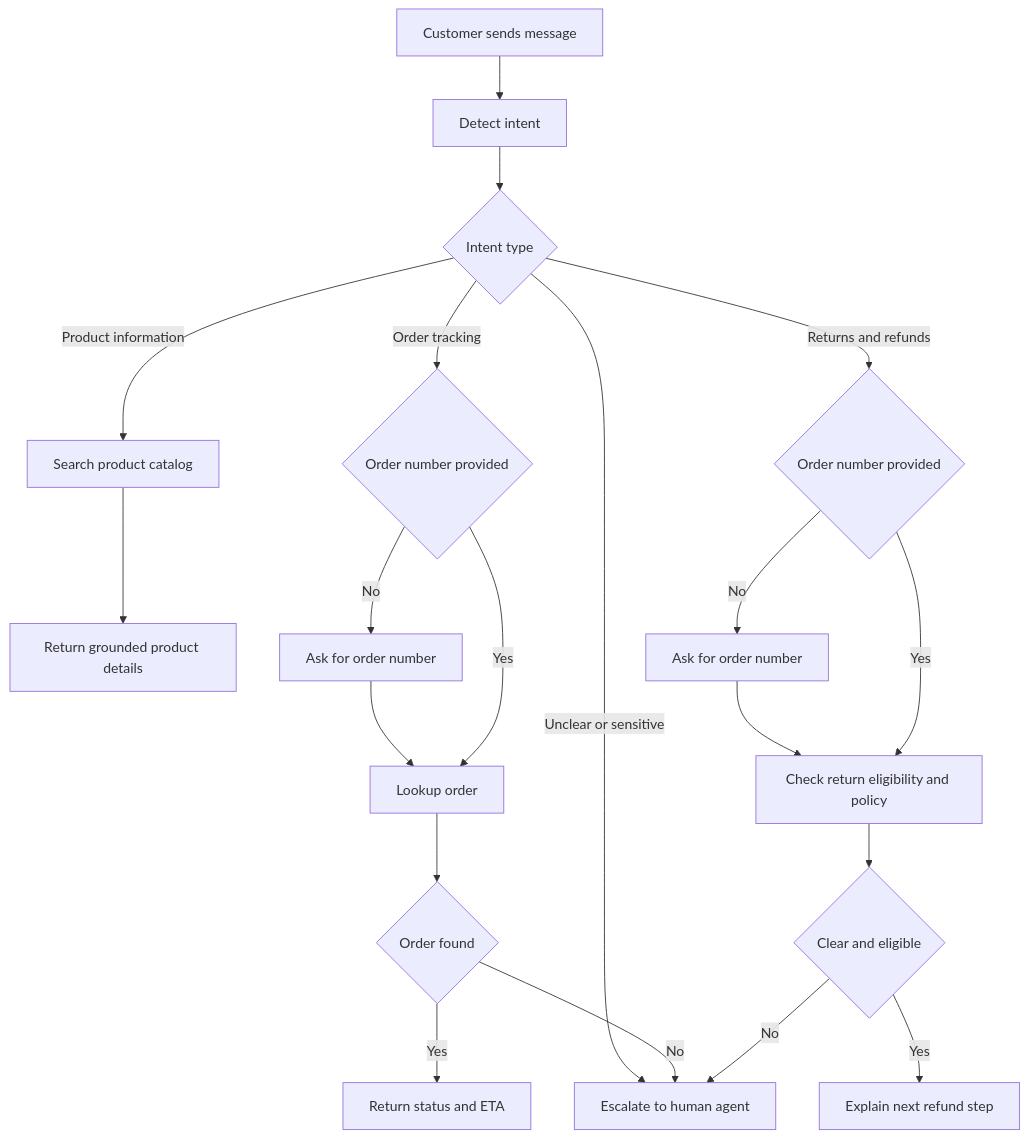
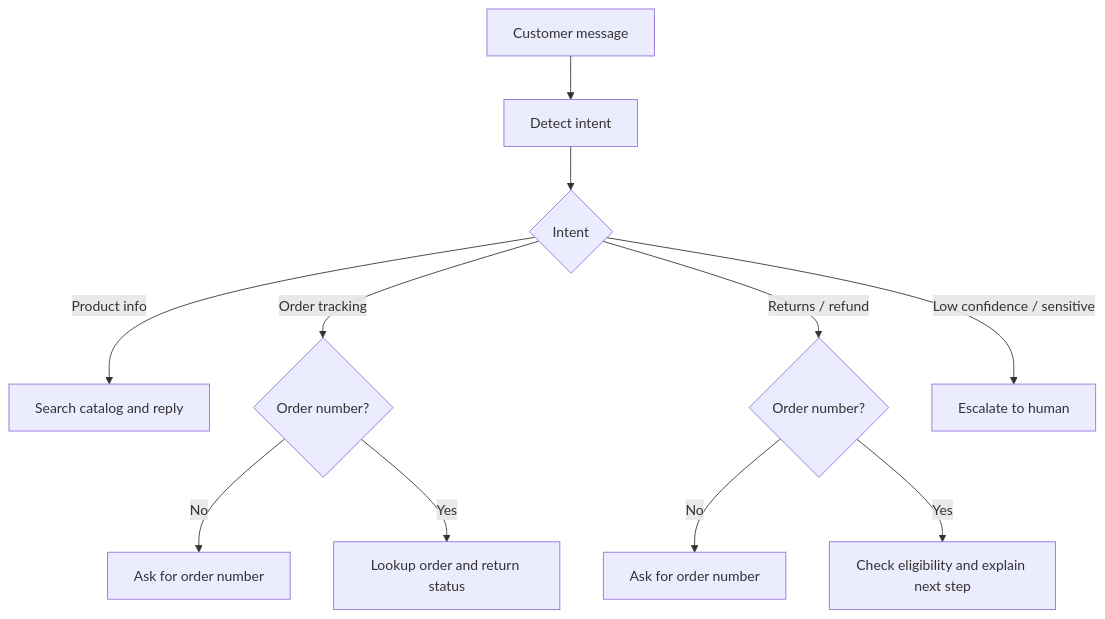
One commit to Abdullatif-Eida/AI-eng-chat-test changed the second of 2 diagrams in docs/solution-design.md. Above: the diagram before and after it, drawn with Mermaid. The commit also changed other lines of this file and 19 other files, not shown here.

````diff
--- a/docs/solution-design.md
+++ b/docs/solution-design.md
@@ -31,24 +30,13 @@
 ```mermaid
 flowchart TD
-    A["Customer sends message"] --> B["Detect intent"]
-    B --> C{"Intent type"}
-    C -->|"Product information"| D["Search product catalog"]
-    C -->|"Order tracking"| E{"Order number provided"}
-    C -->|"Returns and refunds"| F{"Order number provided"}
-    C -->|"Unclear or sensitive"| G["Escalate to human agent"]
-
-    D --> H["Return grounded product details"]
-    E -->|"No"| I["Ask for order number"]
-    I --> J["Lookup order"]
-    E -->|"Yes"| J
-    J --> K{"Order found"}
-    K -->|"Yes"| L["Return status and ETA"]
-    K -->|"No"| G
-
-    F -->|"No"| M["Ask for order number"]
-    M --> N["Check return eligibility and policy"]
-    F -->|"Yes"| N
-    N --> O{"Clear and eligible"}
-    O -->|"Yes"| P["Explain next refund step"]
-    O -->|"No"| G
+    A["Customer message"] --> B["Detect intent"]
+    B --> C{"Intent"}
+    C -->|"Product info"| D["Search catalog and reply"]
+    C -->|"Order tracking"| E{"Order number?"}
+    C -->|"Returns / refund"| F{"Order number?"}
+    C -->|"Low confidence / sensitive"| G["Escalate to human"]
+    E -->|"No"| H["Ask for order number"]
+    E -->|"Yes"| I["Lookup order and return status"]
+    F -->|"No"| J["Ask for order number"]
+    F -->|"Yes"| K["Check eligibility and explain next step"]
 ```
````
